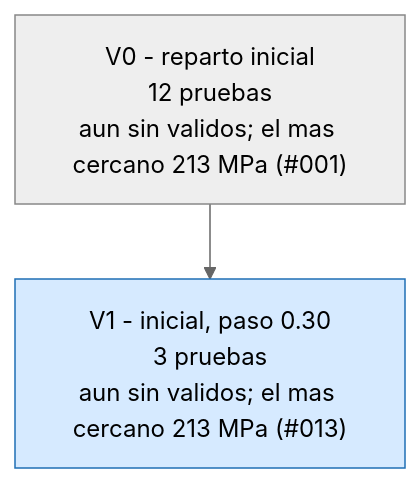
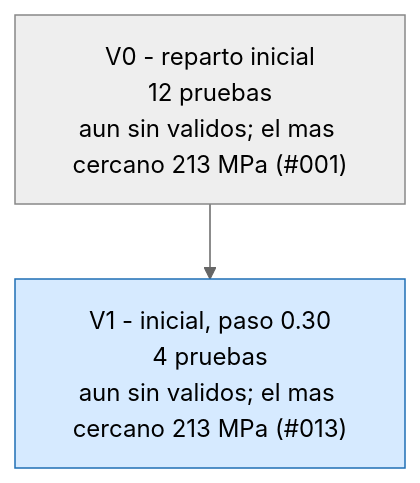
Before and after one commit to Hugiko/msd-soporte-optimizacion: the first of 3 diagrams in runs/opt_37800N/ARBOL.md, drawn with Mermaid (neutral theme). The commit also changed 14 other files, not shown here.

````diff
--- a/runs/opt_37800N/ARBOL.md
+++ b/runs/opt_37800N/ARBOL.md
@@ -9,9 +9,9 @@
 ```mermaid
 graph TD
 classDef activa fill:#d6eaff,stroke:#1f6fb5,color:#000
 classDef fin fill:#eeeeee,stroke:#888,color:#000
 classDef mejor fill:#c8f0c0,stroke:#1a9850,stroke-width:4px,color:#000
 V0["V0 - reparto inicial<br/>12 pruebas<br/>aun sin validos; el mas cercano 213 MPa (#001)"]:::fin
-V1["V1 - inicial, paso 0.30<br/>3 pruebas<br/>aun sin validos; el mas cercano 213 MPa (#013)"]:::activa
+V1["V1 - inicial, paso 0.30<br/>4 pruebas<br/>aun sin validos; el mas cercano 213 MPa (#013)"]:::activa
 V0 --> V1
 ```
````
